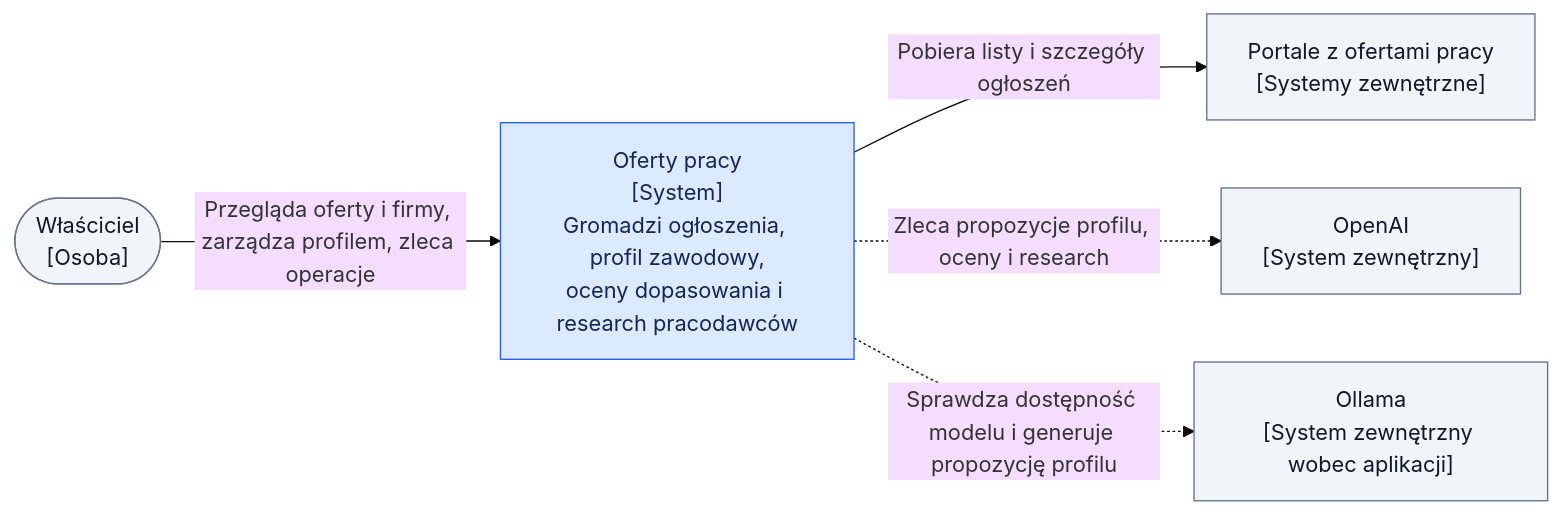
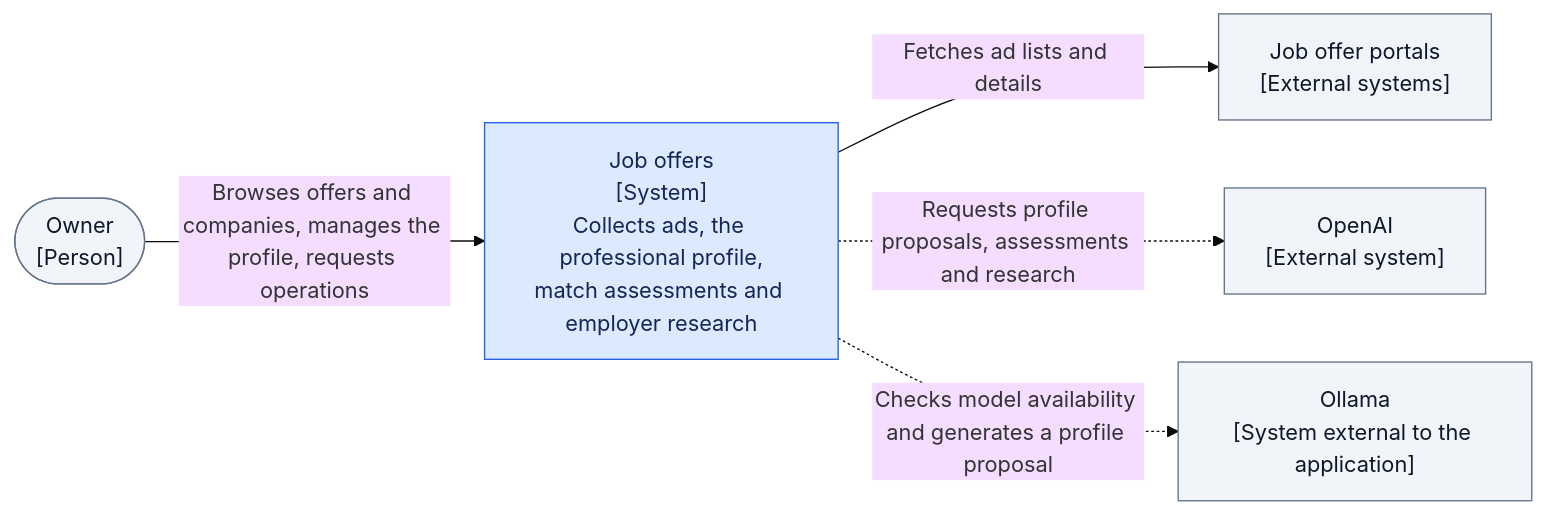
Before and after one commit to pioziol123/ofertorix-rekrutus: the first of 5 diagrams in docs/architecture/README.md, drawn with Mermaid (base theme). The commit also changed other lines of this file and 126 other files, not shown here.

````diff
--- a/docs/architecture/README.md
+++ b/docs/architecture/README.md
@@ -15,18 +15,18 @@
 ```mermaid
 flowchart LR
-  Owner(["Właściciel<br/>[Osoba]"])
-  System["Oferty pracy<br/>[System]<br/>Gromadzi ogłoszenia, profil zawodowy,<br/>oceny dopasowania i research pracodawców"]
-  Boards["Portale z ofertami pracy<br/>[Systemy zewnętrzne]"]
-  OpenAI["OpenAI<br/>[System zewnętrzny]"]
-  Ollama["Ollama<br/>[System zewnętrzny wobec aplikacji]"]
+  Owner(["Owner<br/>[Person]"])
+  System["Job offers<br/>[System]<br/>Collects ads, the professional profile,<br/>match assessments and employer research"]
+  Boards["Job offer portals<br/>[External systems]"]
+  OpenAI["OpenAI<br/>[External system]"]
+  Ollama["Ollama<br/>[System external to the application]"]
 
-  Owner -->|"Przegląda oferty i firmy, zarządza profilem, zleca operacje"| System
-  System -->|"Pobiera listy i szczegóły ogłoszeń"| Boards
-  System -.->|"Zleca propozycje profilu, oceny i research"| OpenAI
-  System -.->|"Sprawdza dostępność modelu i generuje propozycję profilu"| Ollama
+  Owner -->|"Browses offers and companies, manages the profile, requests operations"| System
+  System -->|"Fetches ad lists and details"| Boards
+  System -.->|"Requests profile proposals, assessments and research"| OpenAI
+  System -.->|"Checks model availability and generates a profile proposal"| Ollama
 
   classDef internal fill:#dbeafe,stroke:#2563eb,color:#172554
   classDef external fill:#f1f5f9,stroke:#64748b,color:#0f172a
   class System internal
   class Owner,Boards,OpenAI,Ollama external
 ```
````
